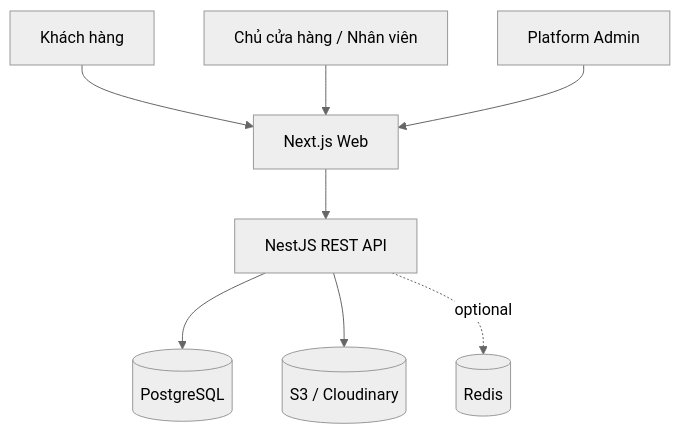
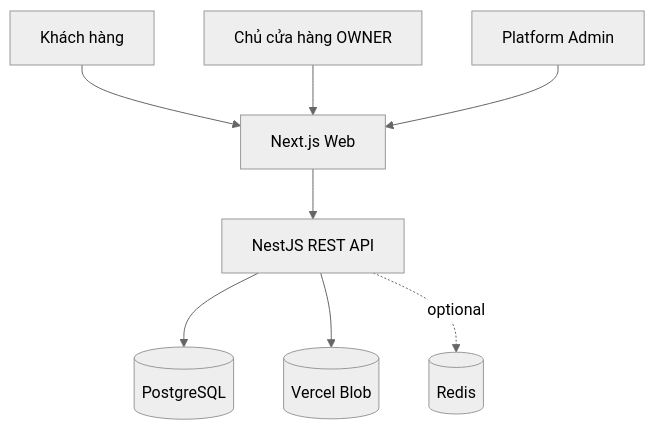
One commit to nguyenhuy238/Home-Hub changed the first of 4 diagrams in docs/03-SYSTEM-ARCHITECTURE.md. Above: the diagram before and after it, drawn with Mermaid (neutral theme). The commit also changed other lines of this file and 21 other files, not shown here.

````diff
--- a/docs/03-SYSTEM-ARCHITECTURE.md
+++ b/docs/03-SYSTEM-ARCHITECTURE.md
@@ -15,10 +15,10 @@
 ```mermaid
 flowchart TB
     Visitor[Khách hàng] --> Web[Next.js Web]
-    StoreUser[Chủ cửa hàng / Nhân viên] --> Web
+    StoreUser[Chủ cửa hàng OWNER] --> Web
     PlatformAdmin[Platform Admin] --> Web
     Web --> API[NestJS REST API]
     API --> DB[(PostgreSQL)]
-    API --> Storage[(S3 / Cloudinary)]
+    API --> Storage[(Vercel Blob)]
     API -. optional .-> Redis[(Redis)]
 ```
````
